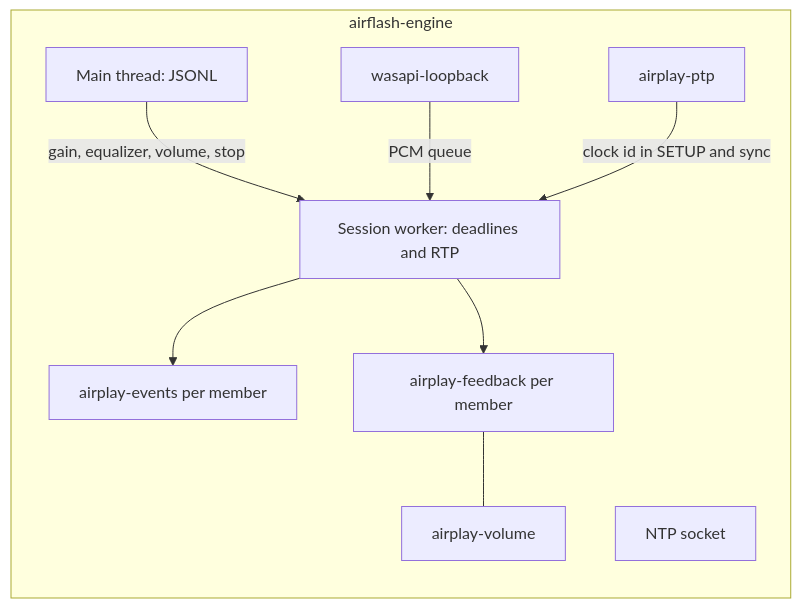
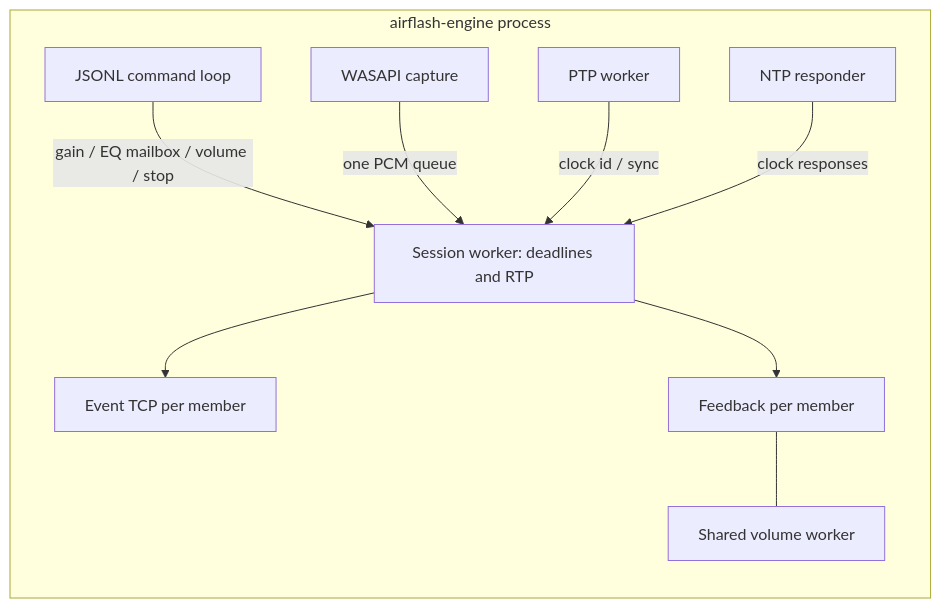
One commit to ThatMarko/AirFlash changed the diagram in docs/analysis/engine.md. Above: the diagram before and after it, drawn with Mermaid. The commit also changed other lines of this file and 48 other files, not shown here.

````diff
--- a/docs/analysis/engine.md
+++ b/docs/analysis/engine.md
@@ -32,19 +25,20 @@
 ```mermaid
 flowchart LR
-  subgraph proc [airflash-engine]
-    MAIN[Main thread: JSONL]
+  subgraph proc [airflash-engine process]
+    MAIN[JSONL command loop]
     MEDIA[Session worker: deadlines and RTP]
-    CAP[wasapi-loopback]
-    PTP[airplay-ptp]
-    NTP[NTP socket]
-    EV[airplay-events per member]
-    FB[airplay-feedback per member]
-    VOL[airplay-volume]
+    CAP[WASAPI capture]
+    PTP[PTP worker]
+    NTP[NTP responder]
+    EV[Event TCP per member]
+    FB[Feedback per member]
+    VOL[Shared volume worker]
   end
-  MAIN -->|gain, equalizer, volume, stop| MEDIA
-  CAP -->|PCM queue| MEDIA
+  MAIN -->|gain / EQ mailbox / volume / stop| MEDIA
+  CAP -->|one PCM queue| MEDIA
   MEDIA --> EV
   MEDIA --> FB
   FB --- VOL
-  PTP -->|clock id in SETUP and sync| MEDIA
+  PTP -->|clock id / sync| MEDIA
+  NTP -->|clock responses| MEDIA
 ```
````
